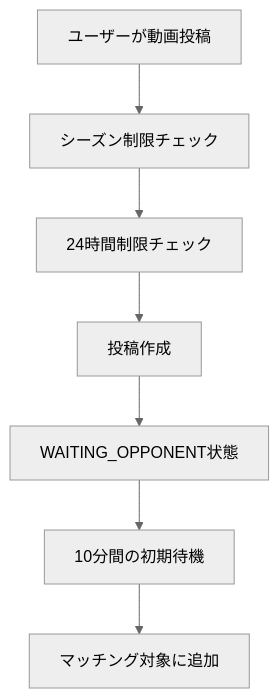
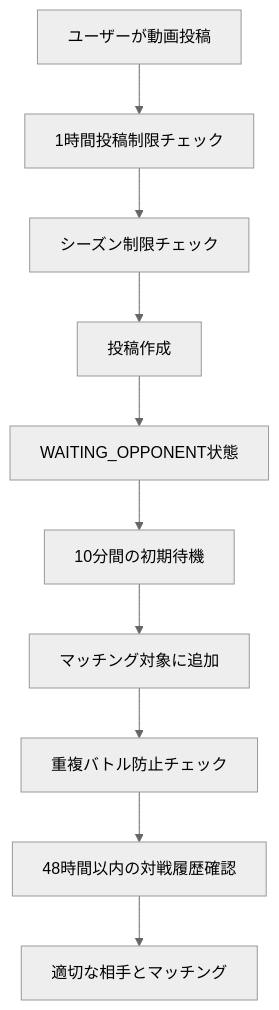
Before and after one commit to RIKUJI-SHON/BeatNexus.Final: the diagram in docs/マッチング・投稿機能仕様書.md, drawn with Mermaid (neutral theme). The commit also changed other lines of this file and 9 other files, not shown here.

````diff
--- a/docs/マッチング・投稿機能仕様書.md
+++ b/docs/マッチング・投稿機能仕様書.md
@@ -35,9 +36,12 @@
 ```mermaid
 graph TD
-    A[ユーザーが動画投稿] --> B[シーズン制限チェック]
-    B --> C[24時間制限チェック]
+    A[ユーザーが動画投稿] --> B[1時間投稿制限チェック]
+    B --> C[シーズン制限チェック]
     C --> D[投稿作成]
     D --> E[WAITING_OPPONENT状態]
     E --> F[10分間の初期待機]
     F --> G[マッチング対象に追加]
+    G --> H[重複バトル防止チェック]
+    H --> I[48時間以内の対戦履歴確認]
+    I --> J[適切な相手とマッチング]
 ```
````
